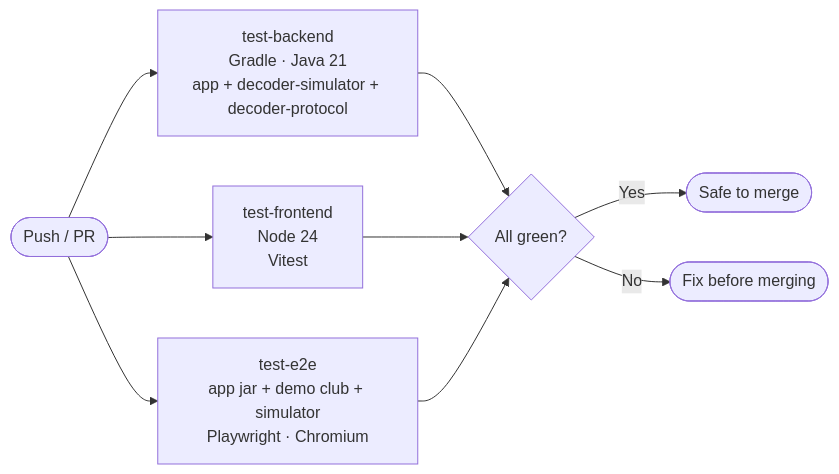
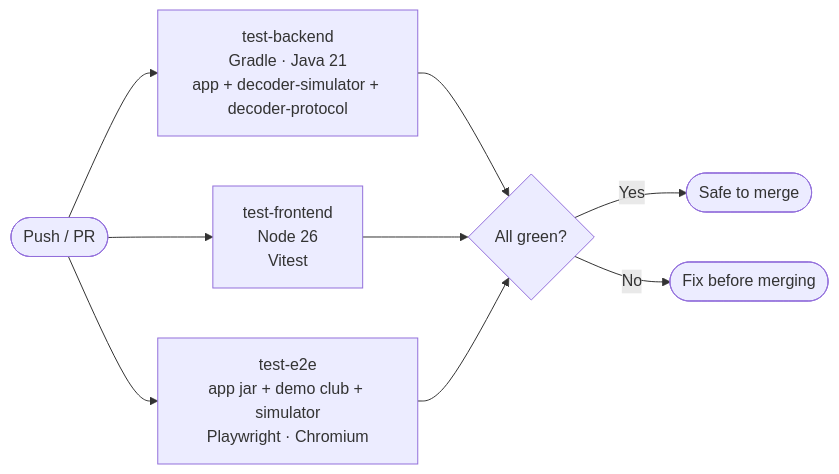
The second of 2 diagrams in CONTRIBUTING.md (RCRaceHub/RCTimingControl), drawn with Mermaid before and after one commit. The commit also changed 8 other files, not shown here.

````diff
--- a/CONTRIBUTING.md
+++ b/CONTRIBUTING.md
@@ -81,13 +81,13 @@
 ```mermaid
 flowchart LR
     Push([Push / PR]) --> B[test-backend\nGradle · Java 21\napp + decoder-simulator + decoder-protocol]
-    Push --> C[test-frontend\nNode 24\nVitest]
+    Push --> C[test-frontend\nNode 26\nVitest]
     Push --> D[test-e2e\napp jar + demo club + simulator\nPlaywright · Chromium]
 
     B --> E{All green?}
     C --> E
     D --> E
 
     E -- Yes --> F([Safe to merge])
     E -- No --> G([Fix before merging])
 ```
````
